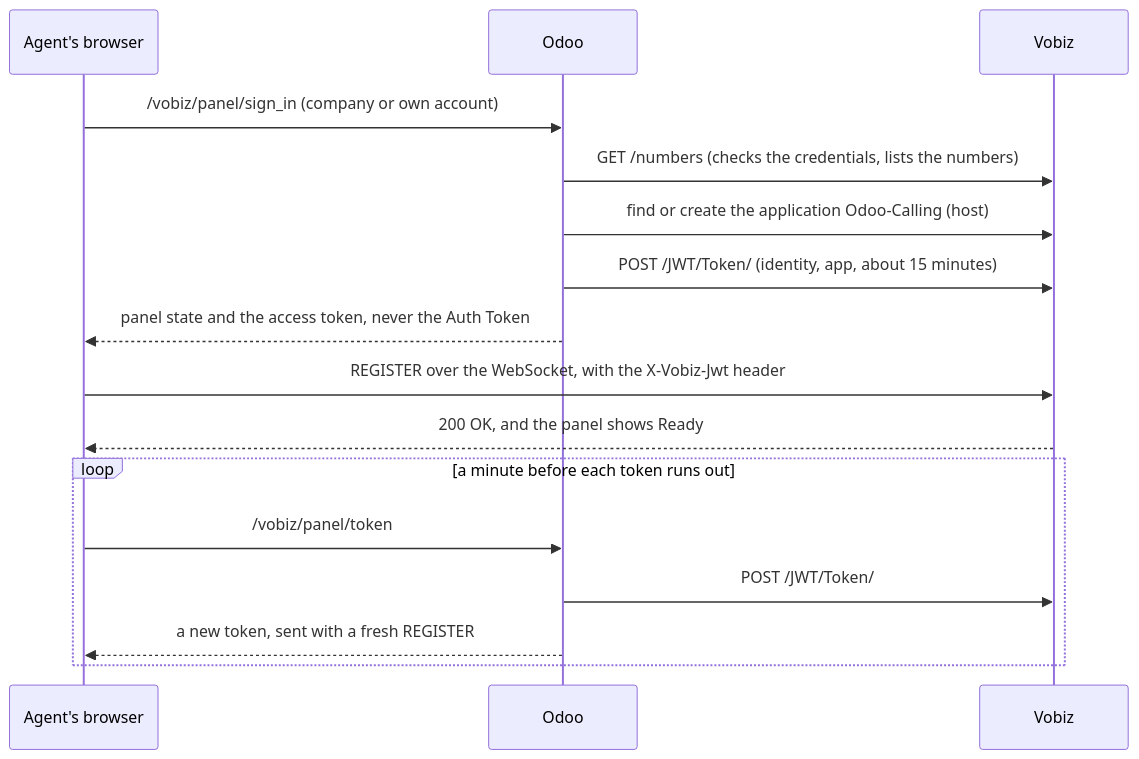
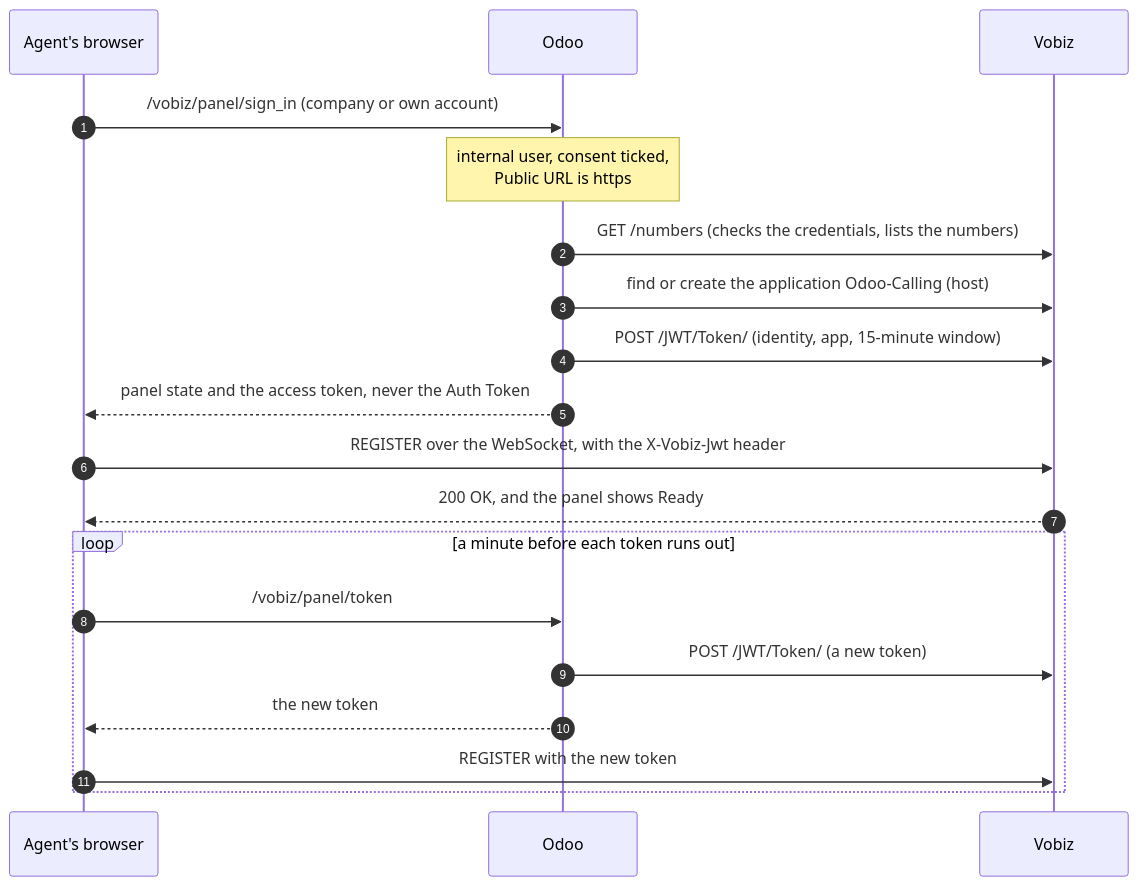
Before and after one commit to vobiz-ai/odoo-vobiz-calling: the second of 6 diagrams in README.md, drawn with Mermaid. The commit also changed other lines of this file, not shown here.

````diff
--- a/README.md
+++ b/README.md
@@ -96,18 +669,21 @@
 ```mermaid
 sequenceDiagram
+    autonumber
     participant B as Agent's browser
     participant O as Odoo
     participant V as Vobiz
     B->>O: /vobiz/panel/sign_in (company or own account)
+    Note over O: internal user, consent ticked,<br/>Public URL is https
     O->>V: GET /numbers (checks the credentials, lists the numbers)
     O->>V: find or create the application Odoo-Calling (host)
-    O->>V: POST /JWT/Token/ (identity, app, about 15 minutes)
+    O->>V: POST /JWT/Token/ (identity, app, 15-minute window)
     O-->>B: panel state and the access token, never the Auth Token
     B->>V: REGISTER over the WebSocket, with the X-Vobiz-Jwt header
     V-->>B: 200 OK, and the panel shows Ready
     loop a minute before each token runs out
         B->>O: /vobiz/panel/token
-        O->>V: POST /JWT/Token/
-        O-->>B: a new token, sent with a fresh REGISTER
+        O->>V: POST /JWT/Token/ (a new token)
+        O-->>B: the new token
+        B->>V: REGISTER with the new token
     end
 ```
````
